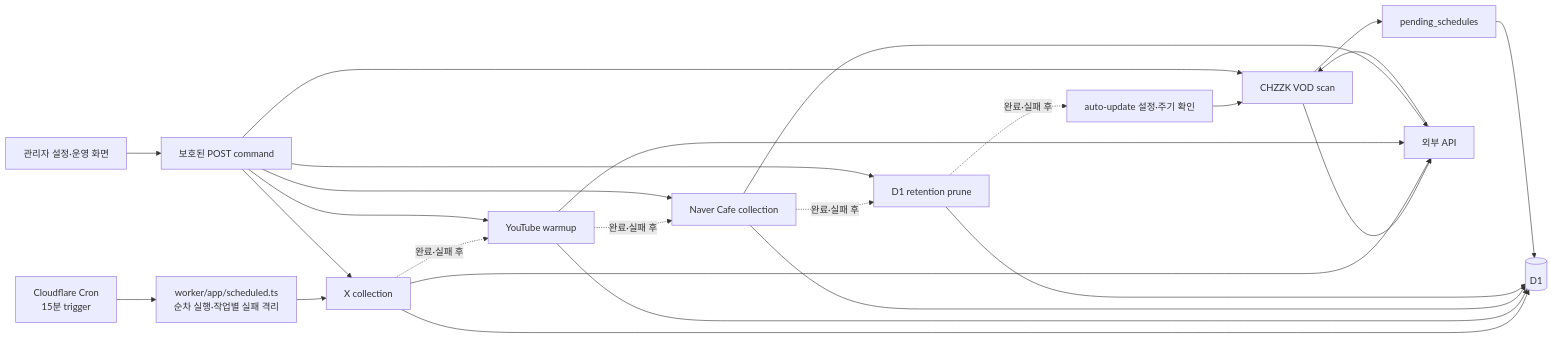
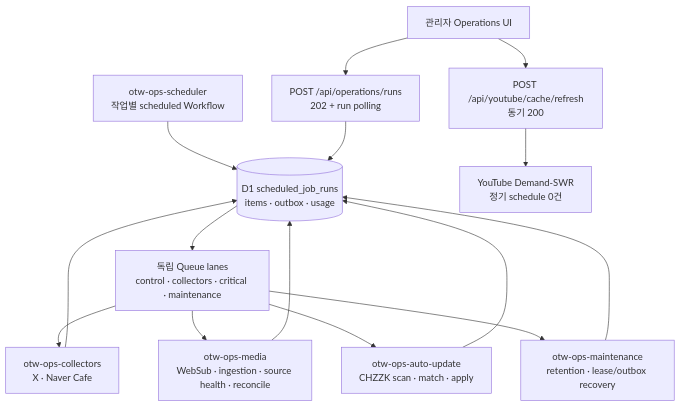
One commit to rlatmfrl24/overthewall-schedule changed the ninth of 10 diagrams in docs/architecture.md. Above: the diagram before and after it, drawn with Mermaid. The commit also changed other lines of this file and 138 other files, not shown here.

Commit message:
feat: stabilize scheduled operations and YouTube caching

````diff
--- a/docs/architecture.md
+++ b/docs/architecture.md
@@ -583,41 +599,29 @@
 ```mermaid
-flowchart LR
-  cron["Cloudflare Cron<br/>15분 trigger"]
-  scheduled["worker/app/scheduled.ts<br/>순차 실행·작업별 실패 격리"]
-  x["X collection"]
-  youtube["YouTube warmup"]
-  cafe["Naver Cafe collection"]
-  retention["D1 retention prune"]
-  autoSetting["auto-update 설정·주기 확인"]
-  vod["CHZZK VOD scan"]
-  pending["pending_schedules"]
-  d1[("D1")]
-  external["외부 API"]
-  admin["관리자 설정·운영 화면"]
-  command["보호된 POST command"]
+flowchart TB
+  workflows["otw-ops-scheduler<br/>작업별 scheduled Workflow"]
+  state[("D1 scheduled_job_runs<br/>items · outbox · usage")]
+  queues["독립 Queue lanes<br/>control · collectors · critical · maintenance"]
+  collectors["otw-ops-collectors<br/>X · Naver Cafe"]
+  media["otw-ops-media<br/>WebSub · ingestion · source health · reconcile"]
+  auto["otw-ops-auto-update<br/>CHZZK scan · match · apply"]
+  maintenance["otw-ops-maintenance<br/>retention · lease/outbox recovery"]
+  admin["관리자 Operations UI"]
+  command["POST /api/operations/runs<br/>202 + run polling"]
+  youtube["YouTube Demand-SWR<br/>정기 schedule 0건"]
+  youtubeManual["POST /api/youtube/cache/refresh<br/>동기 200"]
 
-  cron --> scheduled
-  scheduled --> x
-  x -. "완료·실패 후" .-> youtube
-  youtube -. "완료·실패 후" .-> cafe
-  cafe -. "완료·실패 후" .-> retention
-  retention -. "완료·실패 후" .-> autoSetting
-  autoSetting --> vod
-  vod --> external
-  external --> vod
-  vod --> pending
-  x --> external
-  youtube --> external
-  cafe --> external
-  x --> d1
-  youtube --> d1
-  cafe --> d1
-  retention --> d1
-  pending --> d1
+  workflows --> state
+  state --> queues
+  queues --> collectors
+  queues --> media
+  queues --> auto
+  queues --> maintenance
+  collectors --> state
+  media --> state
+  auto --> state
+  maintenance --> state
   admin --> command
-  command --> x
-  command --> youtube
-  command --> cafe
-  command --> retention
-  command --> vod
+  command --> state
+  admin --> youtubeManual
+  youtubeManual --> youtube
 ```
````
